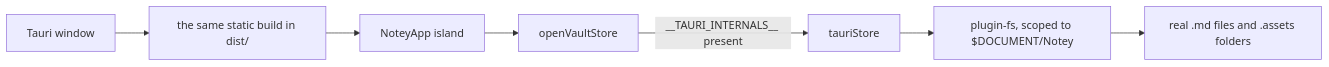
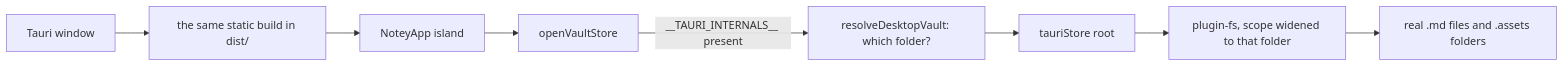
Before and after one commit to Kieran-s-Artisnal-Slop-Factory/notey: the first of 2 diagrams in docs/dev/tauri.md, drawn with Mermaid. The commit also changed other lines of this file and 26 other files, not shown here.

````diff
--- a/docs/dev/tauri.md
+++ b/docs/dev/tauri.md
@@ -21,9 +25,10 @@
 ```mermaid
 flowchart LR
   A[Tauri window] --> B[the same static build in dist/]
   B --> C[NoteyApp island]
   C --> D[openVaultStore]
-  D -->|__TAURI_INTERNALS__ present| E[tauriStore]
-  E --> F[plugin-fs, scoped to $DOCUMENT/Notey]
+  D -->|__TAURI_INTERNALS__ present| R[resolveDesktopVault: which folder?]
+  R --> E[tauriStore root]
+  E --> F[plugin-fs, scope widened to that folder]
   F --> G[real .md files and .assets folders]
 ```
````
